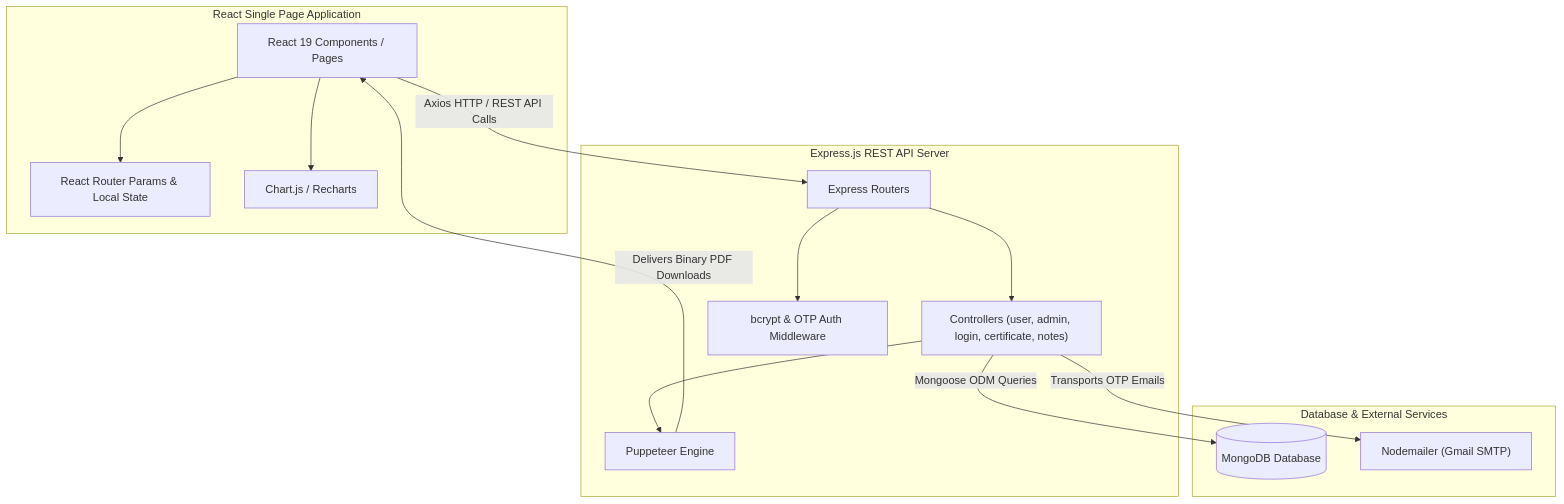
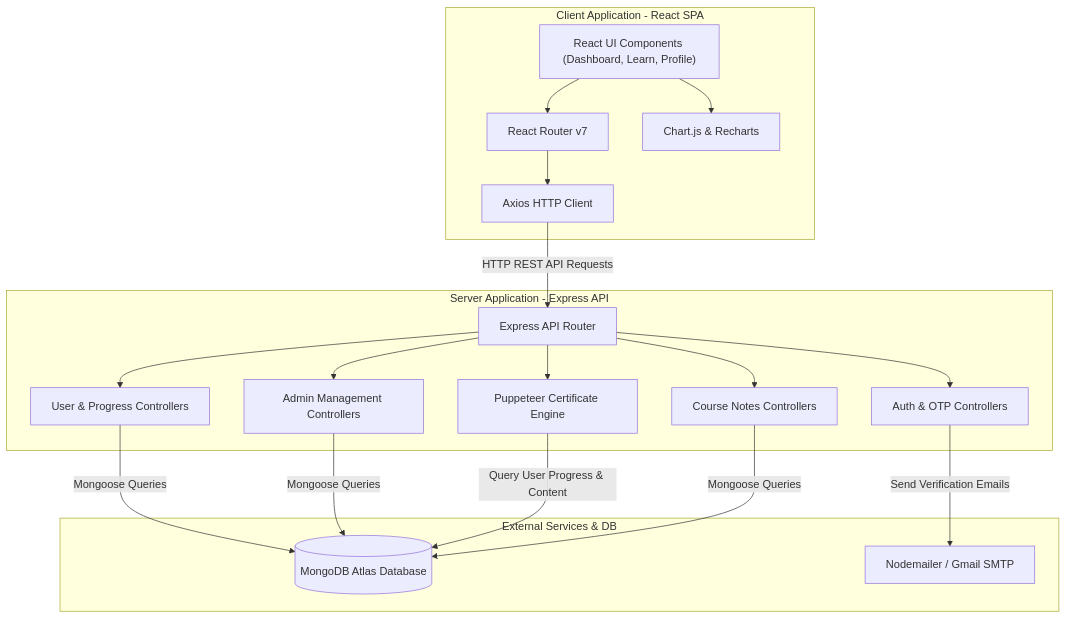
Before and after one commit to abdul8704/EduTrack: the first of 4 diagrams in architecture.md, drawn with Mermaid. The commit also changed other lines of this file, not shown here.

Commit message:
docs: update system architecture and technical documentation

````diff
--- a/architecture.md
+++ b/architecture.md
@@ -48,30 +48,39 @@
 ```mermaid
 flowchart TD
-    subgraph Frontend [React Single Page Application]
-        UI["React 19 Components / Pages"]
-        State["React Router Params & Local State"]
-        Charts["Chart.js / Recharts"]
-        UI --> State
+    subgraph Client [Client Application - React SPA]
+        UI["React UI Components (Dashboard, Learn, Profile)"]
+        Router["React Router v7"]
+        AxiosClient["Axios HTTP Client"]
+        Charts["Chart.js & Recharts"]
+        UI --> Router
         UI --> Charts
+        Router --> AxiosClient
     end
 
-    subgraph Backend [Express.js REST API Server]
-        Router["Express Routers"]
-        Controllers["Controllers (user, admin, login, certificate, notes)"]
-        Auth["bcrypt & OTP Auth Middleware"]
-        PDFGen["Puppeteer Engine"]
-        Router --> Auth
-        Router --> Controllers
-        Controllers --> PDFGen
+    subgraph Backend [Server Application - Express API]
+        APIRouter["Express API Router"]
+        AuthCtrl["Auth & OTP Controllers"]
+        UserCtrl["User & Progress Controllers"]
+        AdminCtrl["Admin Management Controllers"]
+        CertCtrl["Puppeteer Certificate Engine"]
+        NotesCtrl["Course Notes Controllers"]
+        
+        APIRouter --> AuthCtrl
+        APIRouter --> UserCtrl
+        APIRouter --> AdminCtrl
+        APIRouter --> CertCtrl
+        APIRouter --> NotesCtrl
     end
 
-    subgraph Storage [Database & External Services]
-        DB[("MongoDB Database")]
-        SMTP["Nodemailer (Gmail SMTP)"]
+    subgraph External [External Services & DB]
+        MongoDB[("MongoDB Atlas Database")]
+        GmailSMTP["Nodemailer / Gmail SMTP"]
     end
 
-    UI -- "Axios HTTP / REST API Calls" --> Router
-    Controllers -- "Mongoose ODM Queries" --> DB
-    Controllers -- "Transports OTP Emails" --> SMTP
-    PDFGen -- "Delivers Binary PDF Downloads" --> UI
+    AxiosClient -->|"HTTP REST API Requests"| APIRouter
+    AuthCtrl -->|"Send Verification Emails"| GmailSMTP
+    UserCtrl -->|"Mongoose Queries"| MongoDB
+    AdminCtrl -->|"Mongoose Queries"| MongoDB
+    CertCtrl -->|"Query User Progress & Content"| MongoDB
+    NotesCtrl -->|"Mongoose Queries"| MongoDB
 ```
````
